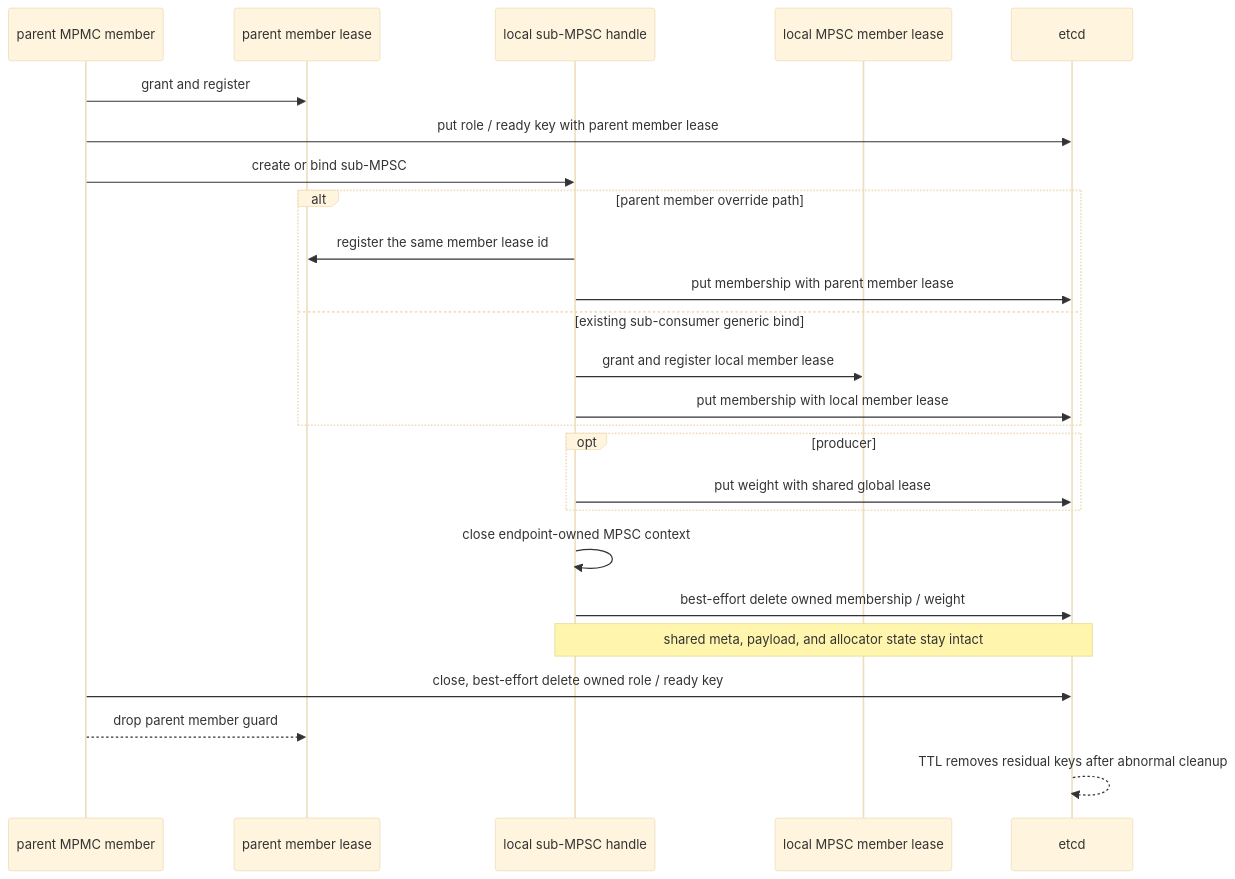
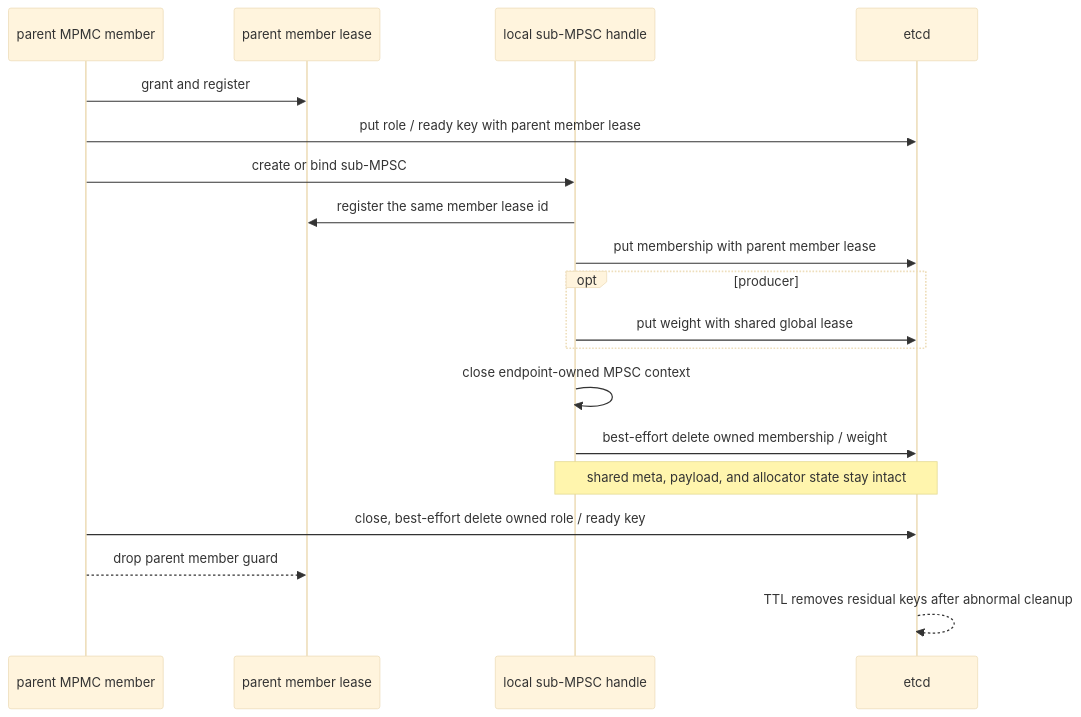
Before and after one commit to Tele-AI/Fluxon: the fourth of 11 diagrams in fluxon_doc_cn/design/mq_1_生命周期与租约设计.md, drawn with Mermaid (base theme). The commit also changed other lines of this file and 17 other files, not shown here.

````diff
--- a/fluxon_doc_cn/design/mq_1_生命周期与租约设计.md
+++ b/fluxon_doc_cn/design/mq_1_生命周期与租约设计.md
@@ -243,28 +242,22 @@
 ```mermaid
 sequenceDiagram
     participant P as parent MPMC member
     participant PM as parent member lease
     participant S as local sub-MPSC handle
-    participant LM as local MPSC member lease
     participant E as etcd
 
     P->>PM: grant and register
     P->>E: put role / ready key with parent member lease
     P->>S: create or bind sub-MPSC
-    alt parent member override path
-        S->>PM: register the same member lease id
-        S->>E: put membership with parent member lease
-    else existing sub-consumer generic bind
-        S->>LM: grant and register local member lease
-        S->>E: put membership with local member lease
-    end
+    S->>PM: register the same member lease id
+    S->>E: put membership with parent member lease
     opt producer
         S->>E: put weight with shared global lease
     end
     S->>S: close endpoint-owned MPSC context
     S->>E: best-effort delete owned membership / weight
     Note over S,E: shared meta, payload, and allocator state stay intact
     P->>E: close, best-effort delete owned role / ready key
     P-->>PM: drop parent member guard
     E-->>E: TTL removes residual keys after abnormal cleanup
 ```
````
